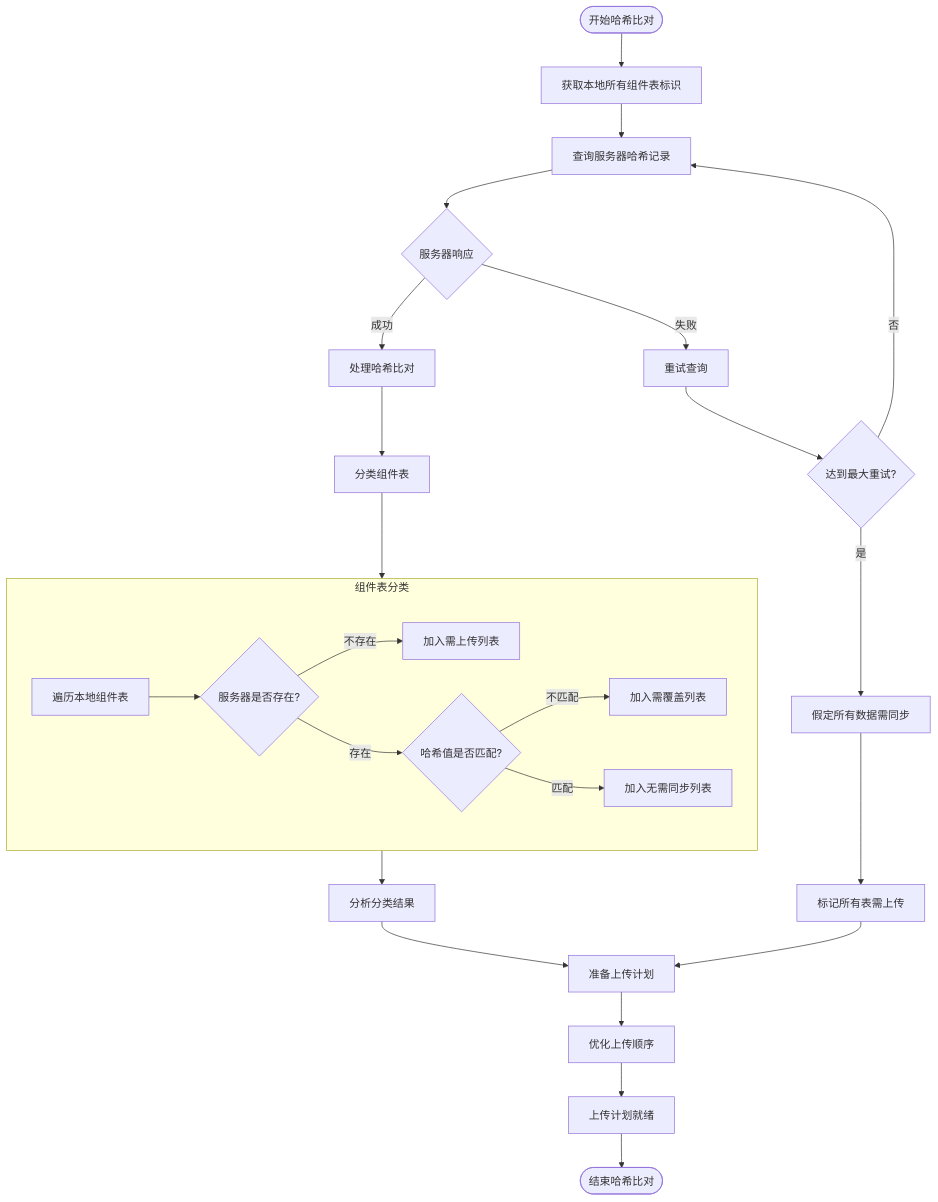
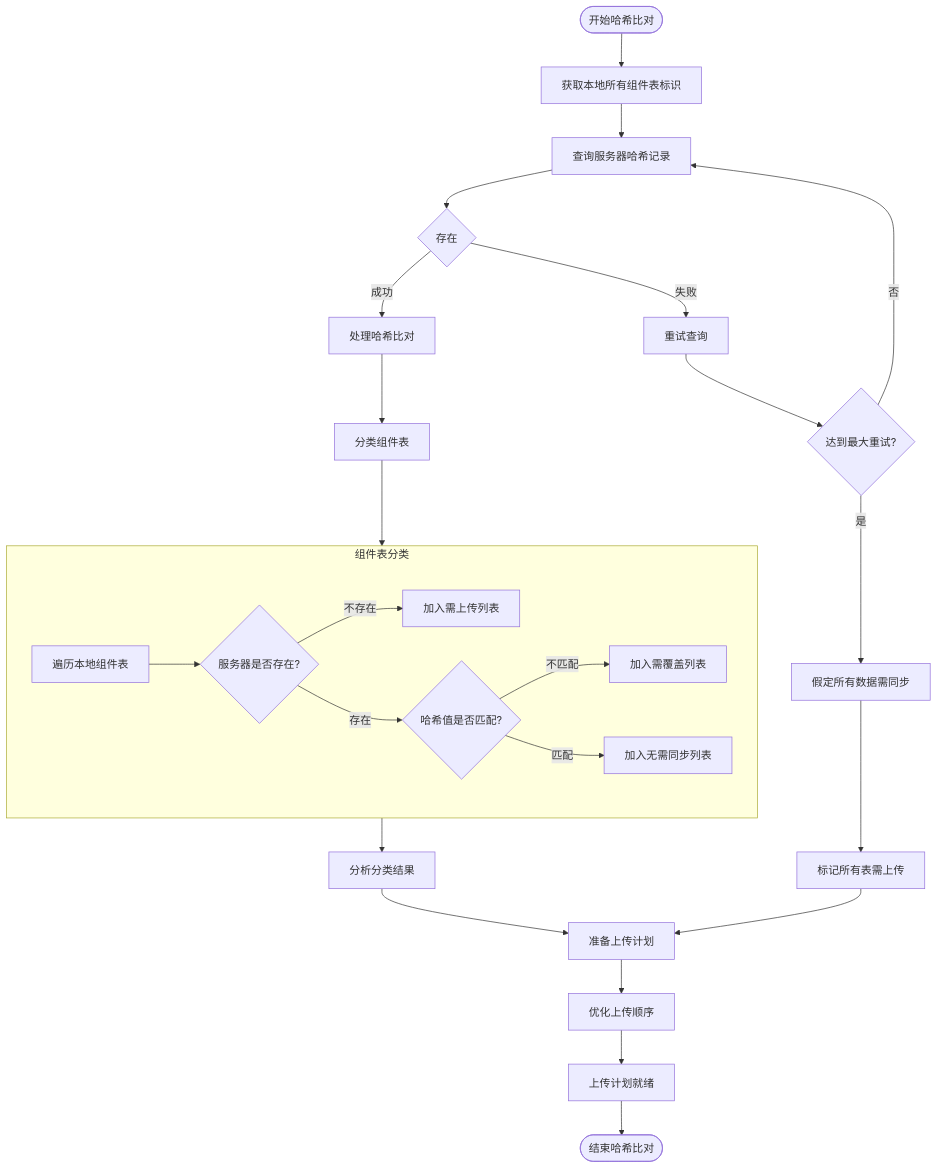
The diagram in all/未命名-50.md (yingjianzh/iodraw-files), drawn with Mermaid before and after one commit.

Commit message:
2025-05-08 17:45:51 update

````diff
--- a/all/未命名-50.md
+++ b/all/未命名-50.md
@@ -1,35 +1,35 @@
 ```mermaid
 flowchart TD
     Start([开始哈希比对]) --> GetLocalTables[获取本地所有组件表标识]
     GetLocalTables --> QueryServer[查询服务器哈希记录]
     
-    QueryServer --> ServerResponse{服务器响应}
+    QueryServer --> ServerResponse{存在}
     ServerResponse -->|成功| ProcessHashComparison[处理哈希比对]
     ServerResponse -->|失败| RetryServer[重试查询]
     
     RetryServer --> MaxRetries{达到最大重试?}
     MaxRetries -->|否| QueryServer
     MaxRetries -->|是| AssumeAllNew[假定所有数据需同步]
     
     ProcessHashComparison --> CategorizeResults[分类组件表]
     
     subgraph Categorization [组件表分类]
         C1[遍历本地组件表] --> C2{服务器是否存在?}
         C2 -->|不存在| C3[加入需上传列表]
         C2 -->|存在| C4{哈希值是否匹配?}
         C4 -->|不匹配| C5[加入需覆盖列表]
         C4 -->|匹配| C6[加入无需同步列表]
     end
     
     CategorizeResults --> Categorization
     AssumeAllNew --> FlagAllForUpload[标记所有表需上传]
     
     Categorization --> AnalyzeResults[分析分类结果]
     FlagAllForUpload --> PrepareUploadPlan[准备上传计划]
     
     AnalyzeResults --> PrepareUploadPlan
     PrepareUploadPlan --> OptimizeOrder[优化上传顺序]
     
     OptimizeOrder --> PlanReady[上传计划就绪]
     PlanReady --> End([结束哈希比对])
 ```
````
